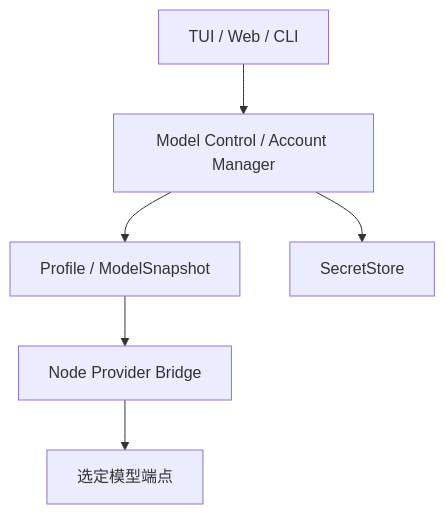
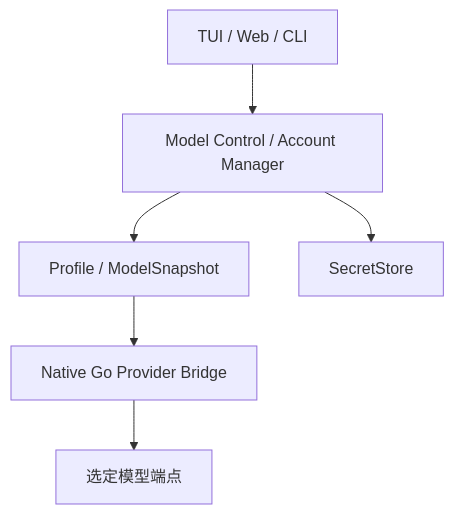
The diagram in docs/designs/model-connections.md (z-chenhao/assistant), drawn with Mermaid before and after one commit. The commit also changed other lines of this file and 263 other files, not shown here.

````diff
--- a/docs/designs/model-connections.md
+++ b/docs/designs/model-connections.md
@@ -11,8 +11,8 @@
 ```mermaid
 flowchart TD
     U["TUI / Web / CLI"] --> C["Model Control / Account Manager"]
     C --> S["Profile / ModelSnapshot"]
     C --> K["SecretStore"]
-    S --> B["Node Provider Bridge"]
+    S --> B["Native Go Provider Bridge"]
     B --> P["选定模型端点"]
 ```
````
